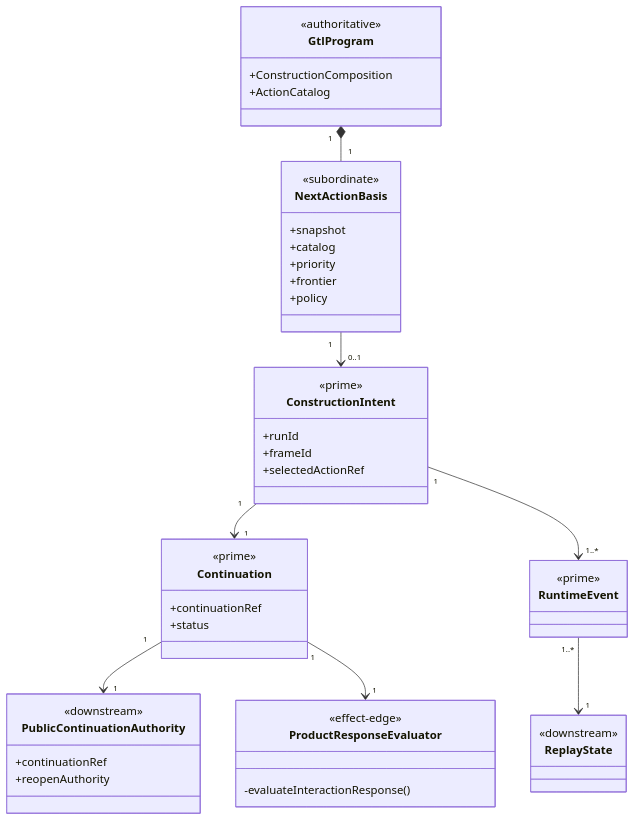
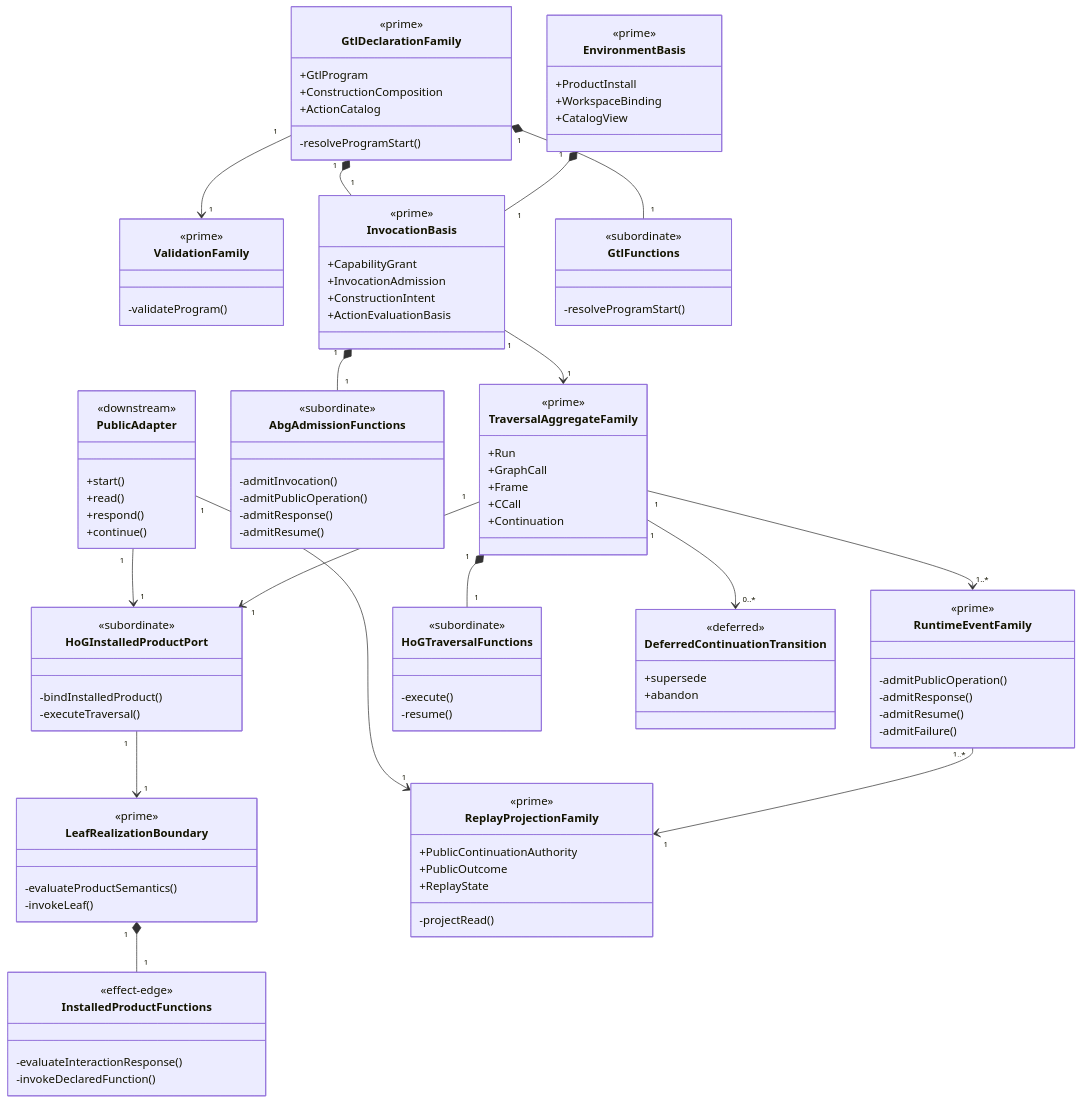
Before and after one commit to foolishimp/abiogenesis: the fifth of 7 diagrams in build_tenants/abiogenesis/typescript/design/M05_DIRECT_GTL_TRAVERSAL_EXPANSION_DESIGN.md, drawn with Mermaid. The commit also changed other lines of this file and 17 other files, not shown here.

Commit message:
fix(s03): close durable continuation authority

````diff
--- a/build_tenants/abiogenesis/typescript/design/M05_DIRECT_GTL_TRAVERSAL_EXPANSION_DESIGN.md
+++ b/build_tenants/abiogenesis/typescript/design/M05_DIRECT_GTL_TRAVERSAL_EXPANSION_DESIGN.md
@@ -1278,52 +1330,118 @@
 ```mermaid
 classDiagram
-  class GtlProgram {
+  class GtlDeclarationFamily {
+    <<prime>>
     <<authoritative>>
+    +GtlProgram
     +ConstructionComposition
     +ActionCatalog
+    -resolveProgramStart()
   }
-  class NextActionBasis {
-    <<subordinate>>
-    +snapshot
-    +catalog
-    +priority
-    +frontier
-    +policy
-  }
-  class ConstructionIntent {
+  class ValidationFamily {
     <<prime>>
     <<authoritative>>
-    +runId
-    +frameId
-    +selectedActionRef
+    -validateProgram()
   }
-  class Continuation {
+  class EnvironmentBasis {
     <<prime>>
     <<authoritative>>
-    +continuationRef
-    +status
+    +ProductInstall
+    +WorkspaceBinding
+    +CatalogView
   }
-  class PublicContinuationAuthority {
+  class InvocationBasis {
+    <<prime>>
+    <<subordinate>>
+    <<authoritative>>
+    +CapabilityGrant
+    +InvocationAdmission
+    +ConstructionIntent
+    +ActionEvaluationBasis
+  }
+  class TraversalAggregateFamily {
+    <<prime>>
+    <<authoritative>>
+    +Run
+    +GraphCall
+    +Frame
+    +CCall
+    +Continuation
+  }
+  class LeafRealizationBoundary {
+    <<prime>>
+    <<effect-edge>>
+    -evaluateProductSemantics()
+    -invokeLeaf()
+  }
+  class RuntimeEventFamily {
+    <<prime>>
+    <<authoritative>>
+    -admitPublicOperation()
+    -admitResponse()
+    -admitResume()
+    -admitFailure()
+  }
+  class ReplayProjectionFamily {
+    <<prime>>
     <<downstream>>
-    +continuationRef
-    +reopenAuthority
+    +PublicContinuationAuthority
+    +PublicOutcome
+    +ReplayState
+    -projectRead()
   }
-  class ProductResponseEvaluator {
+  class HoGInstalledProductPort {
+    <<subordinate>>
+    <<effect-edge>>
+    -bindInstalledProduct()
+    -executeTraversal()
+  }
+  class GtlFunctions {
+    <<subordinate>>
+    -resolveProgramStart()
+  }
+  class AbgAdmissionFunctions {
+    <<subordinate>>
+    <<authoritative>>
+    -admitInvocation()
+    -admitPublicOperation()
+    -admitResponse()
+    -admitResume()
+  }
+  class HoGTraversalFunctions {
+    <<subordinate>>
+    -execute()
+    -resume()
+  }
+  class InstalledProductFunctions {
     <<effect-edge>>
     -evaluateInteractionResponse()
+    -invokeDeclaredFunction()
   }
-  class RuntimeEvent {
-    <<prime>>
-    <<authoritative>>
+  class PublicAdapter {
+    <<downstream>>
+    +start()
+    +read()
+    +respond()
+    +continue()
   }
-  class ReplayState {
-    <<downstream>>
+  class DeferredContinuationTransition {
+    <<deferred>>
+    +supersede
+    +abandon
   }
-  GtlProgram "1" *-- "1" NextActionBasis
-  NextActionBasis "1" --> "0..1" ConstructionIntent
-  ConstructionIntent "1" --> "1" Continuation
-  Continuation "1" --> "1" PublicContinuationAuthority
-  Continuation "1" --> "1" ProductResponseEvaluator
-  ConstructionIntent "1" --> "1..*" RuntimeEvent
-  RuntimeEvent "1..*" --> "1" ReplayState
+  GtlDeclarationFamily "1" --> "1" ValidationFamily
+  GtlDeclarationFamily "1" *-- "1" GtlFunctions
+  EnvironmentBasis "1" *-- "1" InvocationBasis
+  GtlDeclarationFamily "1" *-- "1" InvocationBasis
+  InvocationBasis "1" *-- "1" AbgAdmissionFunctions
+  InvocationBasis "1" --> "1" TraversalAggregateFamily
+  TraversalAggregateFamily "1" *-- "1" HoGTraversalFunctions
+  TraversalAggregateFamily "1" --> "1" HoGInstalledProductPort
+  HoGInstalledProductPort "1" --> "1" LeafRealizationBoundary
+  LeafRealizationBoundary "1" *-- "1" InstalledProductFunctions
+  TraversalAggregateFamily "1" --> "1..*" RuntimeEventFamily
+  RuntimeEventFamily "1..*" --> "1" ReplayProjectionFamily
+  PublicAdapter "1" --> "1" ReplayProjectionFamily
+  PublicAdapter "1" --> "1" HoGInstalledProductPort
+  TraversalAggregateFamily "1" --> "0..*" DeferredContinuationTransition
 ```
````
